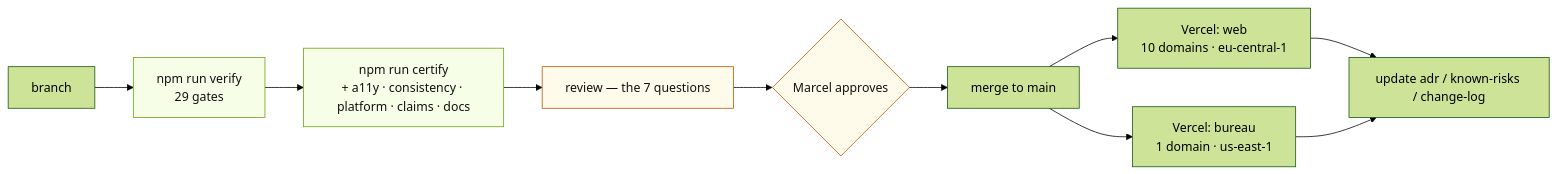
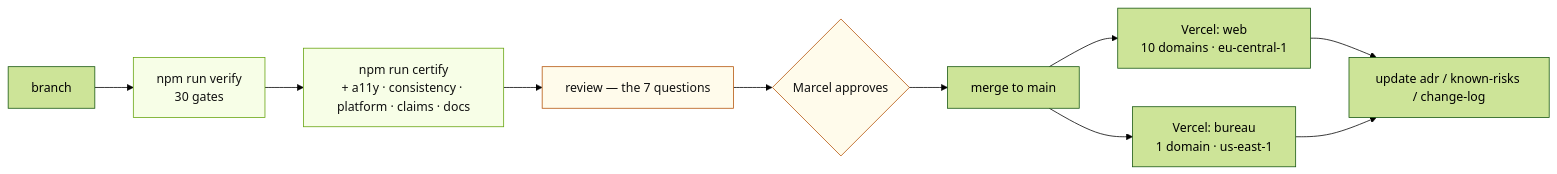
One commit to buddy1974/maxpromo.digital changed the eighth of 10 diagrams in docs/architecture/diagrams.md. Above: the diagram before and after it, drawn with Mermaid (forest theme). The commit also changed 17 other files, not shown here.

````diff
--- a/docs/architecture/diagrams.md
+++ b/docs/architecture/diagrams.md
@@ -276,19 +276,19 @@
 ```mermaid
 flowchart LR
-  BR["branch"] --> V["npm run verify<br/>29 gates"]
+  BR["branch"] --> V["npm run verify<br/>30 gates"]
   V --> C["npm run certify<br/>+ a11y · consistency · platform · claims · docs"]
   C --> REV["review — the 7 questions"]
   REV --> APP{"Marcel approves"}
   APP --> MERGE["merge to main"]
 
   MERGE --> VW["Vercel: web<br/>10 domains · eu-central-1"]
   MERGE --> VB["Vercel: bureau<br/>1 domain · us-east-1"]
 
   VW --> DOC["update adr / known-risks / change-log"]
   VB --> DOC
 
   classDef gate fill:#F7FEE7,stroke:#65A30D,color:#111111
   classDef human fill:#FFFBEB,stroke:#B45309,color:#111111
   class V,C gate
   class REV,APP human
 ```
````
